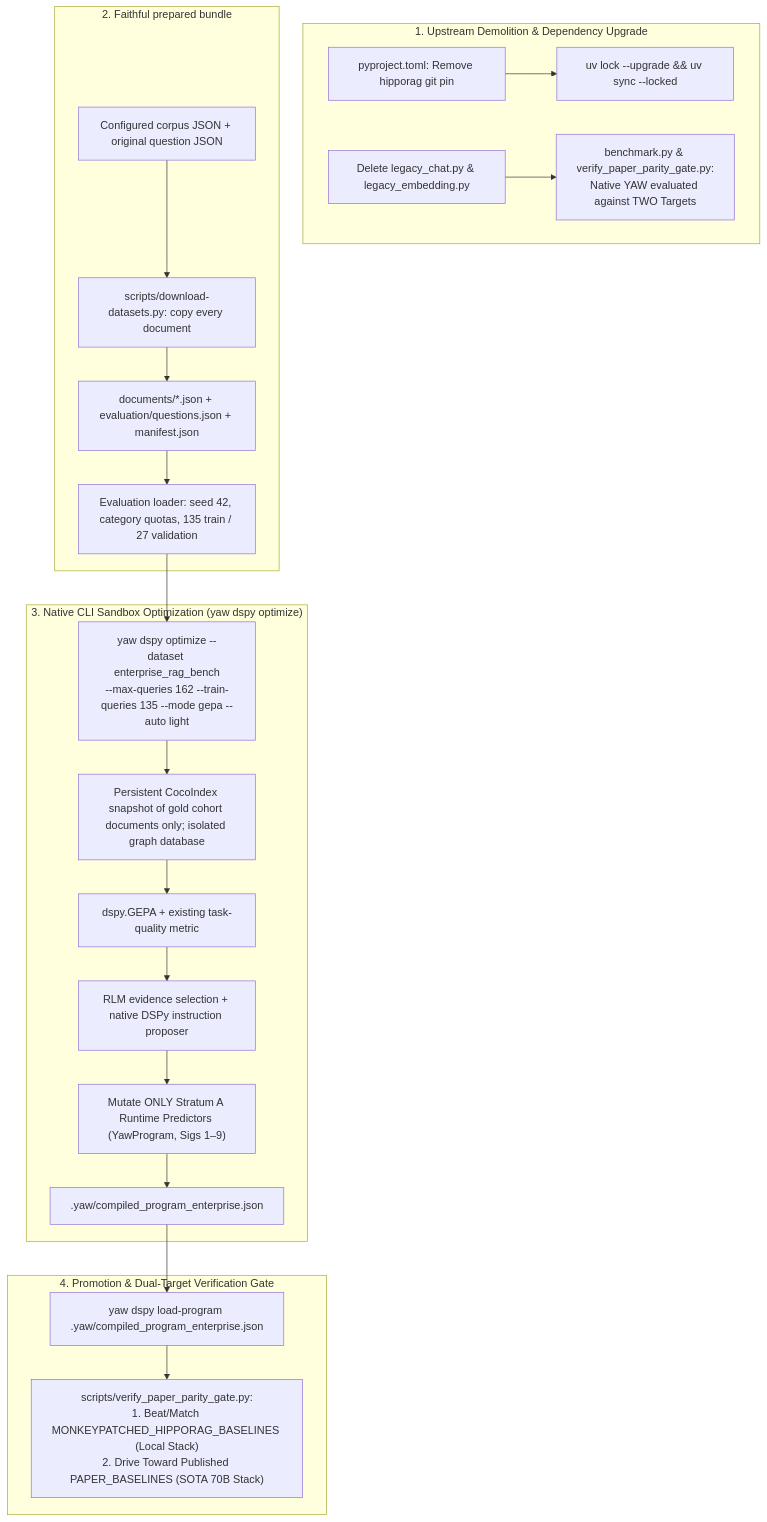
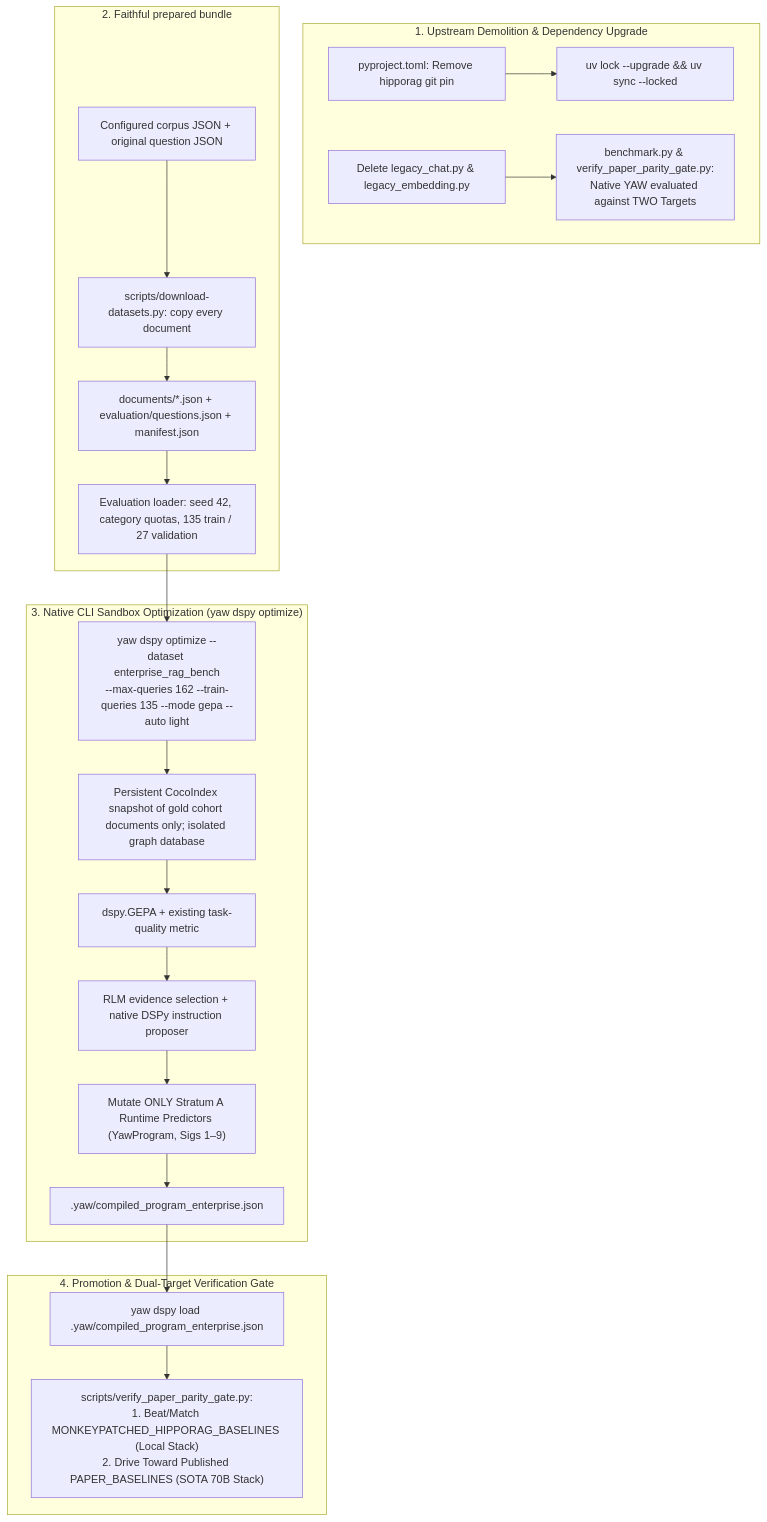
One commit to negatrait/yaw changed the diagram in docs/enterprise-rag-bench-training-plan.md. Above: the diagram before and after it, drawn with Mermaid. The commit also changed other lines of this file and 10 other files, not shown here.

````diff
--- a/docs/enterprise-rag-bench-training-plan.md
+++ b/docs/enterprise-rag-bench-training-plan.md
@@ -34,27 +34,27 @@
 ```mermaid
 flowchart TD
     subgraph Demolition ["1. Upstream Demolition & Dependency Upgrade"]
         PYPROJ["pyproject.toml: Remove hipporag git pin"] --> UVUP["uv lock --upgrade && uv sync --locked"]
         DEL_LEGACY["Delete legacy_chat.py & legacy_embedding.py"] --> NATIVE_BENCH["benchmark.py & verify_paper_parity_gate.py:<br/>Native YAW evaluated against TWO Targets"]
     end
 
     subgraph DataCuration ["2. Faithful prepared bundle"]
         INPUTS["Configured corpus JSON + original question JSON"] --> PREP["scripts/download-datasets.py: copy every document"]
         PREP --> OUT_DS["documents/*.json + evaluation/questions.json + manifest.json"]
         OUT_DS --> STRAT["Evaluation loader: seed 42, category quotas, 135 train / 27 validation"]
     end
 
     subgraph NativeCLI ["3. Native CLI Sandbox Optimization (yaw dspy optimize)"]
         STRAT --> CLI_OPT["yaw dspy optimize --dataset enterprise_rag_bench<br/>--max-queries 162 --train-queries 135 --mode gepa --auto light"]
         CLI_OPT --> SANDBOX["Persistent CocoIndex snapshot of gold cohort documents only; isolated graph database"]
         SANDBOX --> GEPA["dspy.GEPA + existing task-quality metric"]
         GEPA --> PROPOSER["RLM evidence selection + native DSPy instruction proposer"]
         PROPOSER --> TARGETS["Mutate ONLY Stratum A Runtime Predictors (YawProgram, Sigs 1–9)"]
         TARGETS --> ARTIFACT[".yaw/compiled_program_enterprise.json"]
     end
 
     subgraph DualTargetGate ["4. Promotion & Dual-Target Verification Gate"]
-        ARTIFACT --> LOAD["yaw dspy load-program .yaw/compiled_program_enterprise.json"]
+        ARTIFACT --> LOAD["yaw dspy load .yaw/compiled_program_enterprise.json"]
         LOAD --> GATE["scripts/verify_paper_parity_gate.py:<br/>1. Beat/Match MONKEYPATCHED_HIPPORAG_BASELINES (Local Stack)<br/>2. Drive Toward Published PAPER_BASELINES (SOTA 70B Stack)"]
     end
 ```
````
